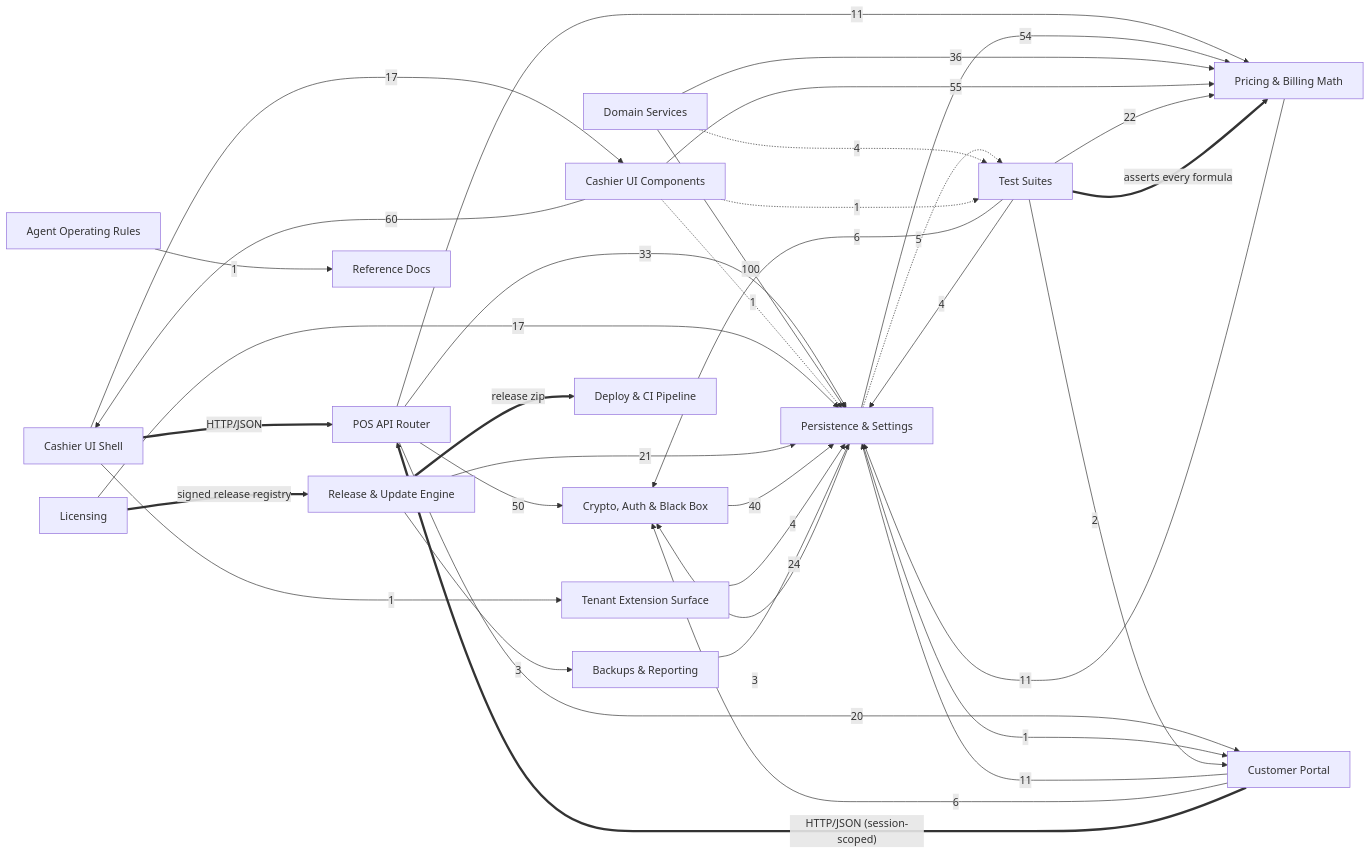
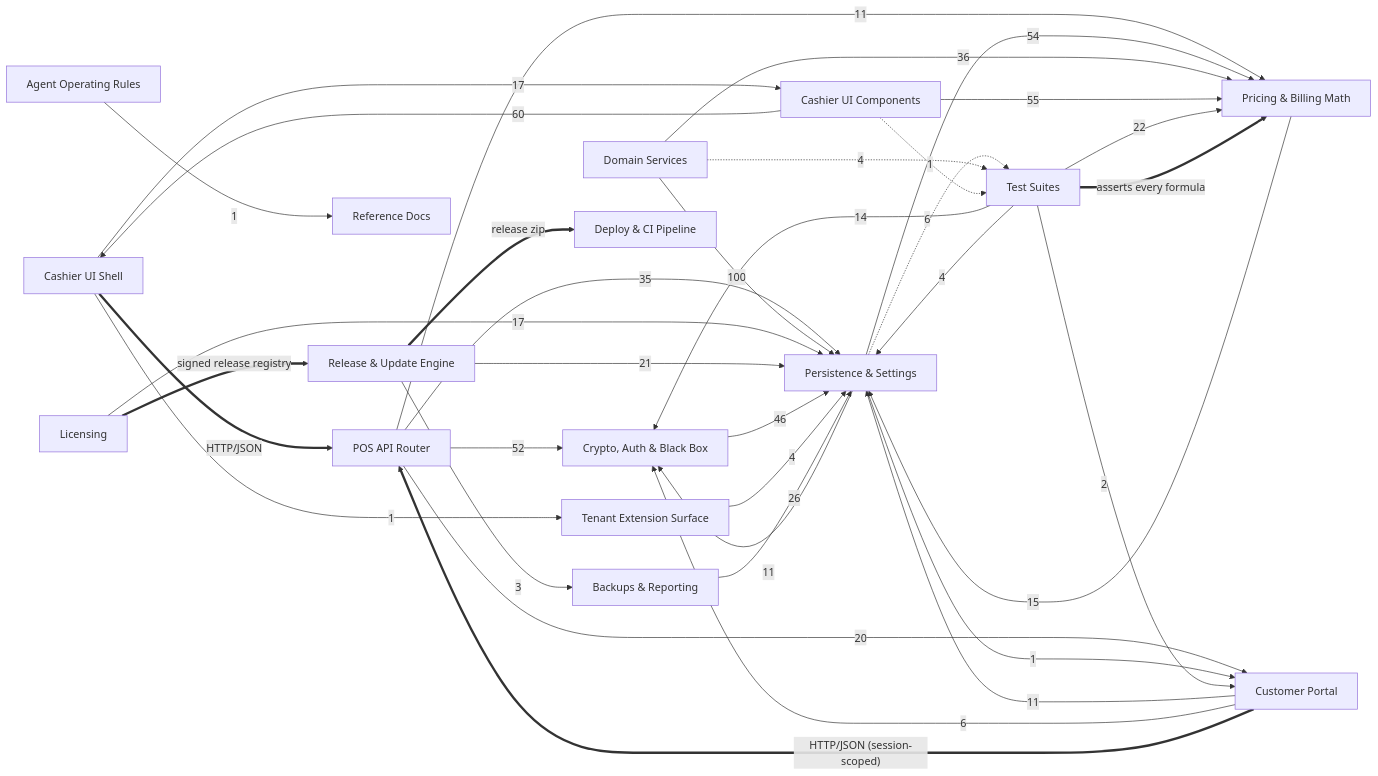
Before and after one commit to Vishalnayak226/gold_pos: the second of 2 diagrams in docs/brain/BRAIN.md, drawn with Mermaid. The commit also changed other lines of this file and 30 other files, not shown here.

````diff
--- a/docs/brain/BRAIN.md
+++ b/docs/brain/BRAIN.md
@@ -94,55 +94,54 @@
 ```mermaid
 flowchart LR
   pos_api["POS API Router"]
   security["Crypto, Auth & Black Box"]
   persistence["Persistence & Settings"]
   customer_portal["Customer Portal"]
   pricing["Pricing & Billing Math"]
   tests["Test Suites"]
   domain_services["Domain Services"]
   pos_ui["Cashier UI Shell"]
   pos_components["Cashier UI Components"]
   extensions["Tenant Extension Surface"]
   licensing["Licensing"]
   updates["Release & Update Engine"]
   maintenance["Backups & Reporting"]
   agent_config["Agent Operating Rules"]
   reference["Reference Docs"]
   deploy["Deploy & CI Pipeline"]
-  pos_api -->|"50"| security
-  pos_api -->|"33"| persistence
+  pos_api -->|"52"| security
+  pos_api -->|"35"| persistence
   pos_api -->|"20"| customer_portal
   pos_api -->|"11"| pricing
   persistence -->|"54"| pricing
-  persistence -.->|"5"| tests
-  persistence -->|"3"| security
+  persistence -->|"11"| security
+  persistence -.->|"6"| tests
   persistence -->|"1"| customer_portal
   domain_services -->|"100"| persistence
   domain_services -->|"36"| pricing
   domain_services -.->|"4"| tests
-  pricing -->|"11"| persistence
+  pricing -->|"15"| persistence
   pos_ui -->|"17"| pos_components
   pos_ui -->|"1"| extensions
   pos_components -->|"60"| pos_ui
   pos_components -->|"55"| pricing
-  pos_components -.->|"1"| persistence
   pos_components -.->|"1"| tests
   customer_portal -->|"11"| persistence
   customer_portal -->|"6"| security
   licensing -->|"17"| persistence
   updates -->|"21"| persistence
   updates -->|"3"| maintenance
-  security -->|"40"| persistence
+  security -->|"46"| persistence
   extensions -->|"4"| persistence
-  maintenance -->|"24"| persistence
+  maintenance -->|"26"| persistence
   tests -->|"22"| pricing
-  tests -->|"6"| security
+  tests -->|"14"| security
   tests -->|"4"| persistence
   tests -->|"2"| customer_portal
   agent_config -->|"1"| reference
   pos_ui ==>|"HTTP/JSON"| pos_api
   customer_portal ==>|"HTTP/JSON (session-scoped)"| pos_api
   licensing ==>|"signed release registry"| updates
   updates ==>|"release zip"| deploy
   tests ==>|"asserts every formula"| pricing
 ```
````
